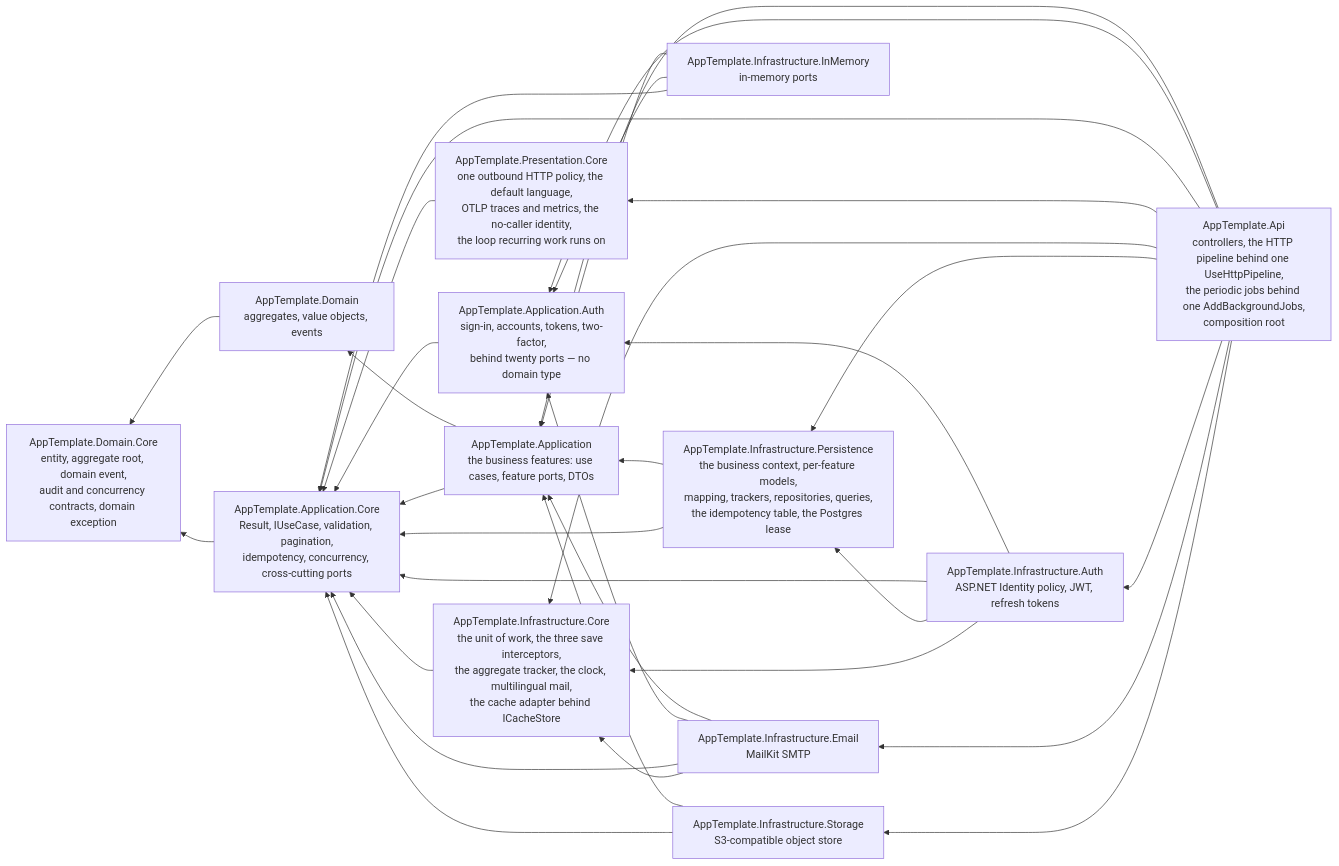
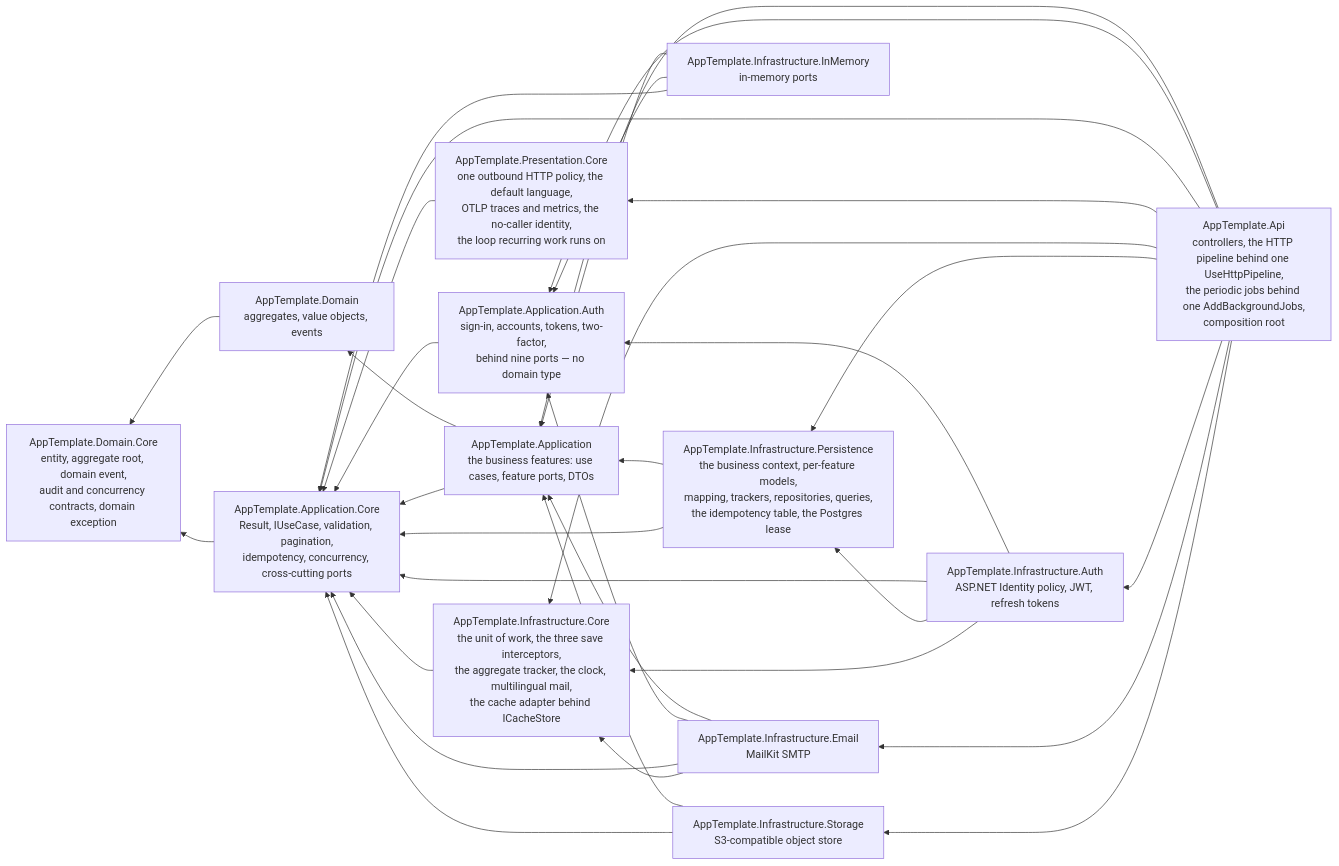
The diagram in docs/ARCHITECTURE.md (Pierre-MarieMarchio/Template-DotNet_Clean_Architecture), drawn with Mermaid before and after one commit. The commit also changed other lines of this file and 236 other files, not shown here.

````diff
--- a/docs/ARCHITECTURE.md
+++ b/docs/ARCHITECTURE.md
@@ -52,48 +52,48 @@
 ```mermaid
 graph RL
     Api[AppTemplate.Api<br/>controllers, the HTTP pipeline behind one UseHttpPipeline,<br/>the periodic jobs behind one AddBackgroundJobs,<br/>composition root]
     PresCore[AppTemplate.Presentation.Core<br/>one outbound HTTP policy, the default language,<br/>OTLP traces and metrics, the no-caller identity,<br/>the loop recurring work runs on]
     Ident[AppTemplate.Infrastructure.Auth<br/>ASP.NET Identity policy, JWT, refresh tokens]
     Mail[AppTemplate.Infrastructure.Email<br/>MailKit SMTP]
     Store[AppTemplate.Infrastructure.Storage<br/>S3-compatible object store]
     Mem[AppTemplate.Infrastructure.InMemory<br/>in-memory ports]
     Pers[AppTemplate.Infrastructure.Persistence<br/>the business context, per-feature models,<br/>mapping, trackers, repositories, queries,<br/>the idempotency table, the Postgres lease]
     InfraCore[AppTemplate.Infrastructure.Core<br/>the unit of work, the three save interceptors,<br/>the aggregate tracker, the clock, multilingual mail,<br/>the cache adapter behind ICacheStore]
     App[AppTemplate.Application<br/>the business features: use cases, feature ports, DTOs]
-    Auth[AppTemplate.Application.Auth<br/>sign-in, accounts, tokens, two-factor,<br/>behind twenty ports — no domain type]
+    Auth[AppTemplate.Application.Auth<br/>sign-in, accounts, tokens, two-factor,<br/>behind nine ports — no domain type]
     AppCore[AppTemplate.Application.Core<br/>Result, IUseCase, validation, pagination,<br/>idempotency, concurrency, cross-cutting ports]
     Dom[AppTemplate.Domain<br/>aggregates, value objects, events]
     DomCore[AppTemplate.Domain.Core<br/>entity, aggregate root, domain event,<br/>audit and concurrency contracts, domain exception]
 
     Dom --> DomCore
     AppCore --> DomCore
     App --> Dom
     App --> AppCore
     Auth --> AppCore
     PresCore --> AppCore
     InfraCore --> AppCore
     Pers --> App
     Pers --> AppCore
     Ident --> Auth
     Ident --> AppCore
     Ident --> Pers
     Ident --> InfraCore
     Mail --> App
     Mail --> Auth
     Mail --> AppCore
     Mail --> InfraCore
     Store --> App
     Store --> AppCore
     Mem --> App
     Mem --> Auth
     Mem --> AppCore
     Api --> App
     Api --> Auth
     Api --> AppCore
     Api --> PresCore
     Api --> InfraCore
     Api --> Pers
     Api --> Ident
     Api --> Mail
     Api --> Store
 ```
````
